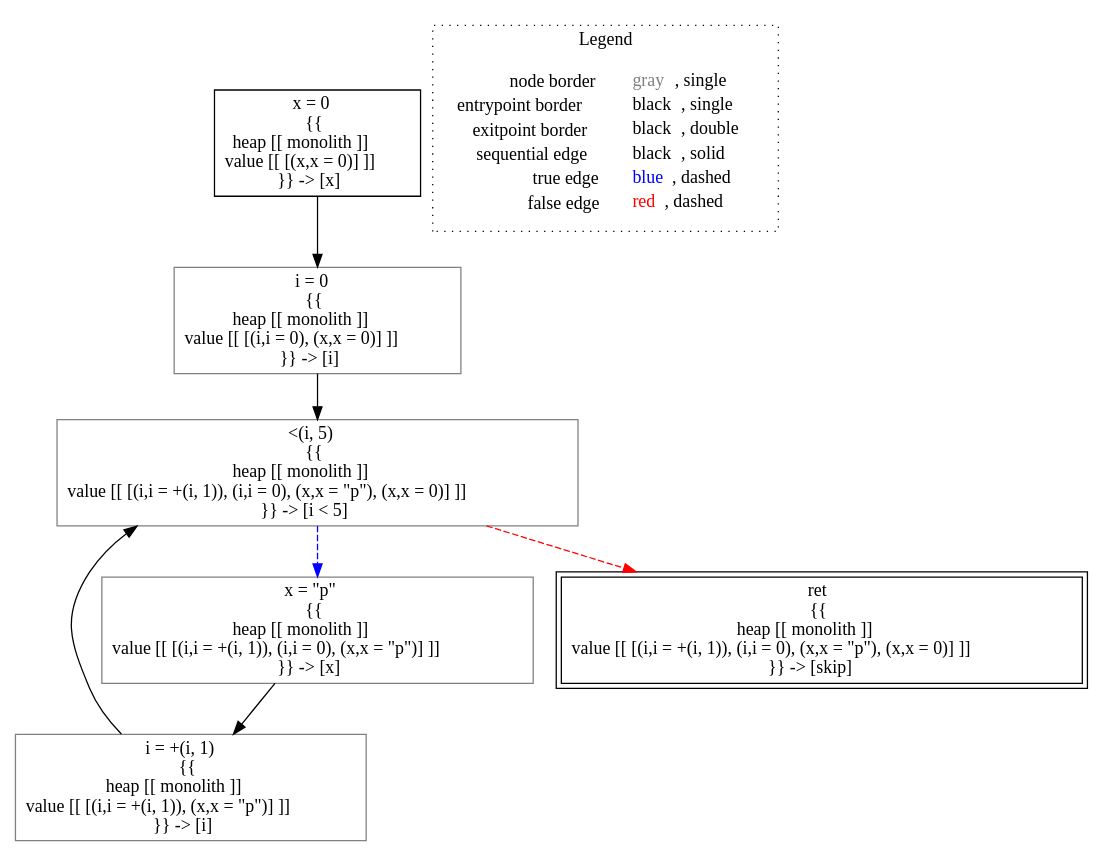
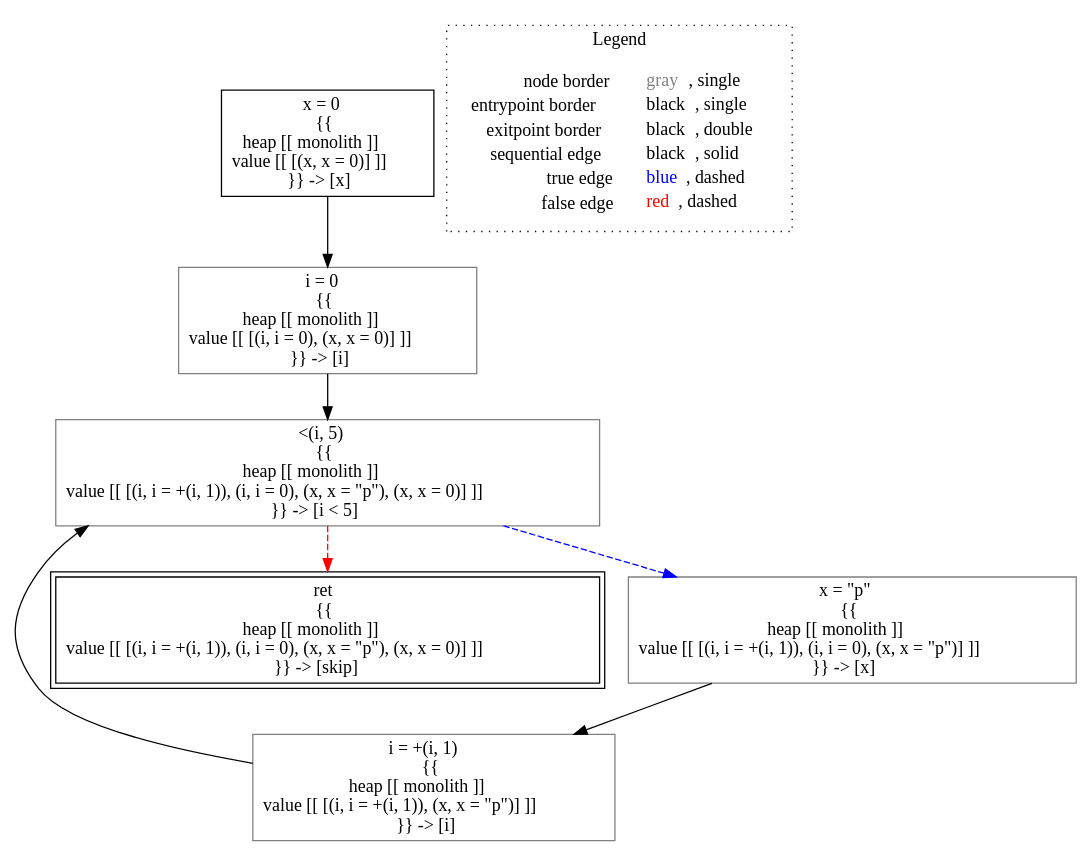
Before and after one commit to lisa-analyzer/lisa: the diagram in lisa/imp-testcases/reaching-definitions/analysis___untyped_reachingDefinitions.test3(reachingDefinitions_this).dot, drawn with Graphviz. The commit also changed 38 other files, not shown here.

```diff
--- a/lisa/imp-testcases/reaching-definitions/analysis___untyped_reachingDefinitions.test3(reachingDefinitions_this).dot
+++ b/lisa/imp-testcases/reaching-definitions/analysis___untyped_reachingDefinitions.test3(reachingDefinitions_this).dot
@@ -1,21 +1,21 @@
 digraph {
-	"node0" [shape="rect",color="black",label=<x = 0<BR/>{{<BR/>heap [[ monolith ]]<BR/>value [[ [(x,x = 0)] ]]<BR/>}} -&gt; [x]>];
-	"node1" [shape="rect",color="gray",label=<i = 0<BR/>{{<BR/>heap [[ monolith ]]<BR/>value [[ [(i,i = 0), (x,x = 0)] ]]<BR/>}} -&gt; [i]>];
-	"node2" [shape="rect",color="gray",label=<i = +(i, 1)<BR/>{{<BR/>heap [[ monolith ]]<BR/>value [[ [(i,i = +(i, 1)), (x,x = &quot;p&quot;)] ]]<BR/>}} -&gt; [i]>];
-	"node3" [shape="rect",color="gray",label=<&lt;(i, 5)<BR/>{{<BR/>heap [[ monolith ]]<BR/>value [[ [(i,i = +(i, 1)), (i,i = 0), (x,x = &quot;p&quot;), (x,x = 0)] ]]<BR/>}} -&gt; [i &lt; 5]>];
-	"node4" [shape="rect",color="gray",label=<x = &quot;p&quot;<BR/>{{<BR/>heap [[ monolith ]]<BR/>value [[ [(i,i = +(i, 1)), (i,i = 0), (x,x = &quot;p&quot;)] ]]<BR/>}} -&gt; [x]>];
-	"node5" [shape="rect",color="black",peripheries="2",label=<ret<BR/>{{<BR/>heap [[ monolith ]]<BR/>value [[ [(i,i = +(i, 1)), (i,i = 0), (x,x = &quot;p&quot;), (x,x = 0)] ]]<BR/>}} -&gt; [skip]>];
-	"node0" -> "node1" [color="black"];
-	"node1" -> "node3" [color="black"];
-	"node2" -> "node3" [color="black"];
-	"node3" -> "node4" [color="blue",style="dashed"];
-	"node3" -> "node5" [color="red",style="dashed"];
-	"node4" -> "node2" [color="black"];
+	"node0" [shape="rect",color="black",label=<x = 0<BR/>{{<BR/>heap [[ monolith ]]<BR/>value [[ [(x, x = 0)] ]]<BR/>}} -&gt; [x]>];
+	"node1" [shape="rect",color="gray",label=<i = +(i, 1)<BR/>{{<BR/>heap [[ monolith ]]<BR/>value [[ [(i, i = +(i, 1)), (x, x = &quot;p&quot;)] ]]<BR/>}} -&gt; [i]>];
+	"node2" [shape="rect",color="black",peripheries="2",label=<ret<BR/>{{<BR/>heap [[ monolith ]]<BR/>value [[ [(i, i = +(i, 1)), (i, i = 0), (x, x = &quot;p&quot;), (x, x = 0)] ]]<BR/>}} -&gt; [skip]>];
+	"node3" [shape="rect",color="gray",label=<x = &quot;p&quot;<BR/>{{<BR/>heap [[ monolith ]]<BR/>value [[ [(i, i = +(i, 1)), (i, i = 0), (x, x = &quot;p&quot;)] ]]<BR/>}} -&gt; [x]>];
+	"node4" [shape="rect",color="gray",label=<i = 0<BR/>{{<BR/>heap [[ monolith ]]<BR/>value [[ [(i, i = 0), (x, x = 0)] ]]<BR/>}} -&gt; [i]>];
+	"node5" [shape="rect",color="gray",label=<&lt;(i, 5)<BR/>{{<BR/>heap [[ monolith ]]<BR/>value [[ [(i, i = +(i, 1)), (i, i = 0), (x, x = &quot;p&quot;), (x, x = 0)] ]]<BR/>}} -&gt; [i &lt; 5]>];
+	"node1" -> "node5" [color="black"];
+	"node3" -> "node1" [color="black"];
+	"node0" -> "node4" [color="black"];
+	"node4" -> "node5" [color="black"];
+	"node5" -> "node2" [color="red",style="dashed"];
+	"node5" -> "node3" [color="blue",style="dashed"];
 subgraph cluster_legend {
 	label="Legend";
 	style=dotted;
 	node [shape=plaintext];
 	"legend" [label=<<table border="0" cellpadding="2" cellspacing="0" cellborder="0"><tr><td align="right">node border&nbsp;</td><td align="left"><font color="gray">gray</font>, single</td></tr><tr><td align="right">entrypoint border&nbsp;</td><td align="left"><font color="black">black</font>, single</td></tr><tr><td align="right">exitpoint border&nbsp;</td><td align="left"><font color="black">black</font>, double</td></tr><tr><td align="right">sequential edge&nbsp;</td><td align="left"><font color="black">black</font>, solid</td></tr><tr><td align="right">true edge&nbsp;</td><td align="left"><font color="blue">blue</font>, dashed</td></tr><tr><td align="right">false edge&nbsp;</td><td align="left"><font color="red">red</font>, dashed</td></tr></table>>];
 }
 
 }
```
